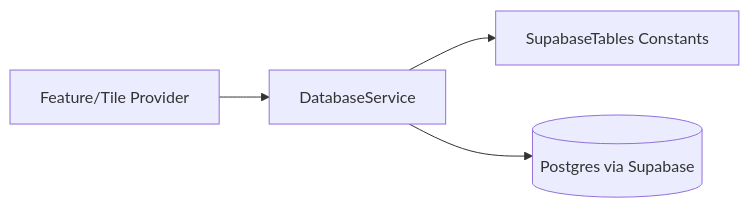
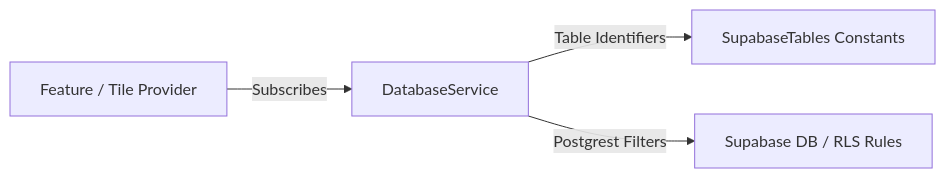
One commit to dipan0saha/nonna_app changed the seventh of 7 diagrams in docs/99_master_reference_docs/Nonna_App_Architecture_Diagrams.md. Above: the diagram before and after it, drawn with Mermaid. The commit also changed other lines of this file and 5 other files, not shown here.

````diff
--- a/docs/99_master_reference_docs/Nonna_App_Architecture_Diagrams.md
+++ b/docs/99_master_reference_docs/Nonna_App_Architecture_Diagrams.md
@@ -171,6 +238,6 @@
 ```mermaid
 flowchart LR
-  UI[Feature/Tile Provider] --> Service[DatabaseService]
-  Service --> Tables[SupabaseTables Constants]
-  Service --> DB[(Postgres via Supabase)]
+  UI[Feature / Tile Provider] -->|Subscribes| Service[DatabaseService]
+  Service -->|Table Identifiers| Constants[SupabaseTables Constants]
+  Service -->|Postgrest Filters| Supa[Supabase DB / RLS Rules]
 ```
````
